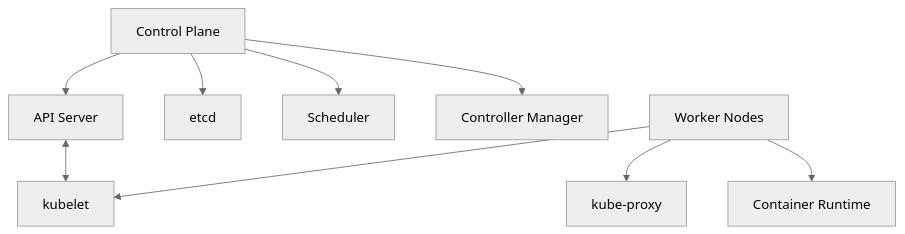
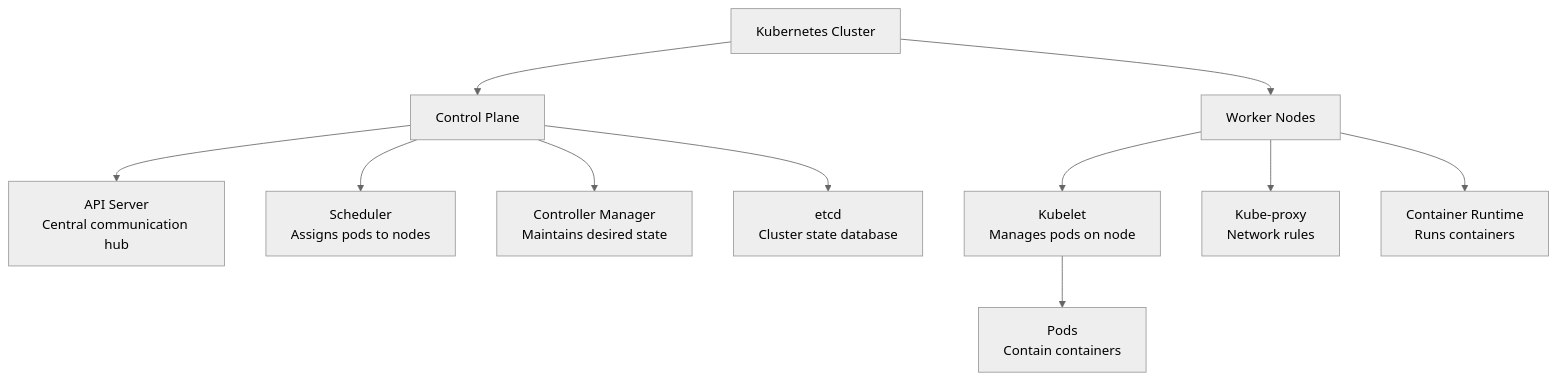
Before and after one commit to wahidyankf/oss: the second of 4 diagrams in apps-standalone/ayokoding-web/content/en/learn/crash-courses/swe/stacks/infra/kubernetes/basics.md, drawn with Mermaid (neutral theme). The commit also changed other lines of this file and 40 other files, not shown here.

````diff
--- a/apps-standalone/ayokoding-web/content/en/learn/crash-courses/swe/stacks/infra/kubernetes/basics.md
+++ b/apps-standalone/ayokoding-web/content/en/learn/crash-courses/swe/stacks/infra/kubernetes/basics.md
@@ -27,13 +98,16 @@
 ```mermaid
-flowchart TD
-    A[Control Plane] --> B[API Server]
-    A --> C[etcd]
-    A --> D[Scheduler]
-    A --> E[Controller Manager]
+graph TD
+    A[Kubernetes Cluster] --> B[Control Plane]
+    A --> C[Worker Nodes]
 
-    F[Worker Nodes] --> G[kubelet]
-    F --> H[kube-proxy]
-    F --> I[Container Runtime]
+    B --> D[API Server<br>Central communication hub]
+    B --> E[Scheduler<br>Assigns pods to nodes]
+    B --> F[Controller Manager<br>Maintains desired state]
+    B --> G[etcd<br>Cluster state database]
 
-    B <--> G
+    C --> H[Kubelet<br>Manages pods on node]
+    C --> I[Kube-proxy<br>Network rules]
+    C --> J[Container Runtime<br>Runs containers]
+
+    H --> K[Pods<br>Contain containers]
 ```
````
